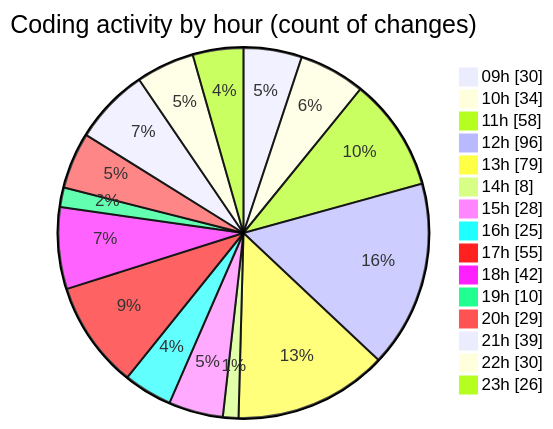
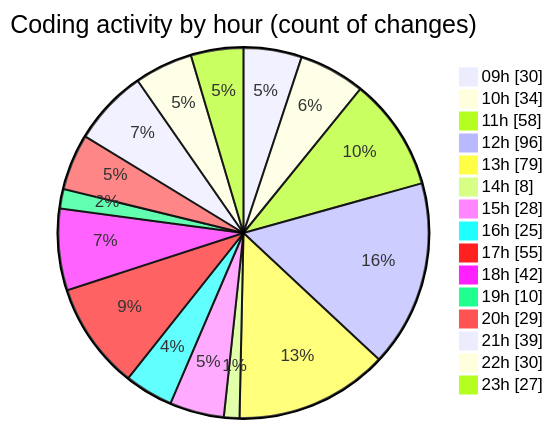
Before and after one commit to momahboobian/code-tracking: the second of 2 diagrams in 2025-04-02/cda/README.md, drawn with Mermaid. The commit also changed other lines of this file and 1 other file, not shown here.

````diff
--- a/2025-04-02/cda/README.md
+++ b/2025-04-02/cda/README.md
@@ -40,19 +40,19 @@
 ```mermaid
 pie showData
 title Coding activity by hour (count of changes)
 "09h" : 30
 "10h" : 34
 "11h" : 58
 "12h" : 96
 "13h" : 79
 "14h" : 8
 "15h" : 28
 "16h" : 25
 "17h" : 55
 "18h" : 42
 "19h" : 10
 "20h" : 29
 "21h" : 39
 "22h" : 30
-"23h" : 26
+"23h" : 27
 ```
````
